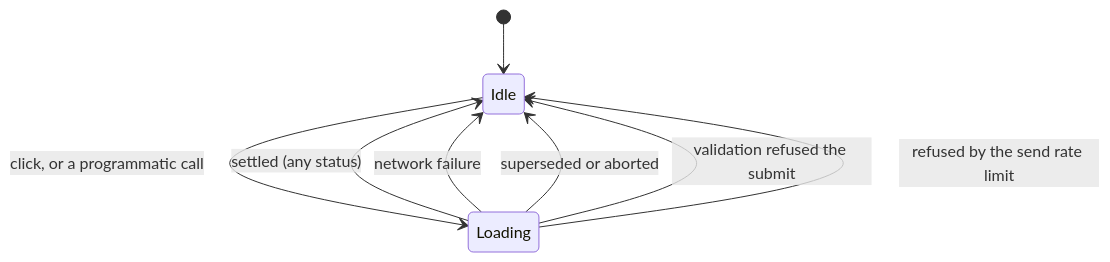
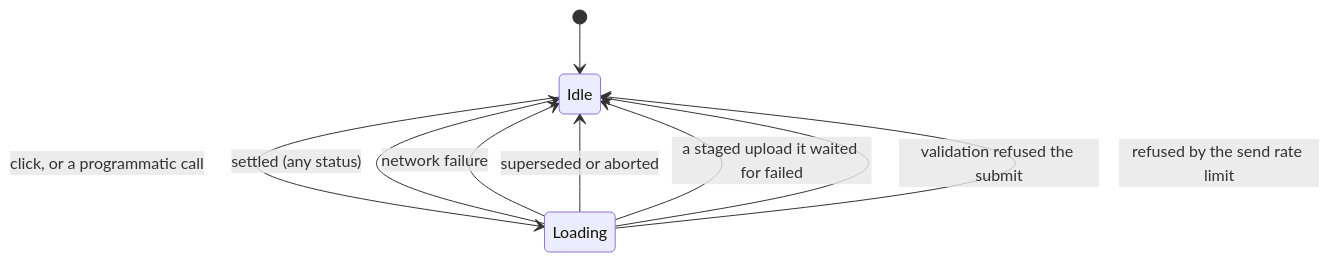
The second of 3 diagrams in docs/guides/forms-and-validation.md (gina-io/docs), drawn with Mermaid before and after one commit. The commit also changed other lines of this file and 2 other files, not shown here.

First line of the commit message:
Documenting the 0.7.2 staged-upload fixes (gh#83)

````diff
--- a/docs/guides/forms-and-validation.md
+++ b/docs/guides/forms-and-validation.md
@@ -694,10 +700,11 @@
 ```mermaid
 stateDiagram-v2
     [*] --> Idle
     Idle --> Loading: click, or a programmatic call
     Loading --> Idle: settled (any status)
     Loading --> Idle: network failure
     Loading --> Idle: superseded or aborted
+    Loading --> Idle: a staged upload it waited for failed
     Loading --> Idle: validation refused the submit
     Loading --> Idle: refused by the send rate limit
 ```
````
